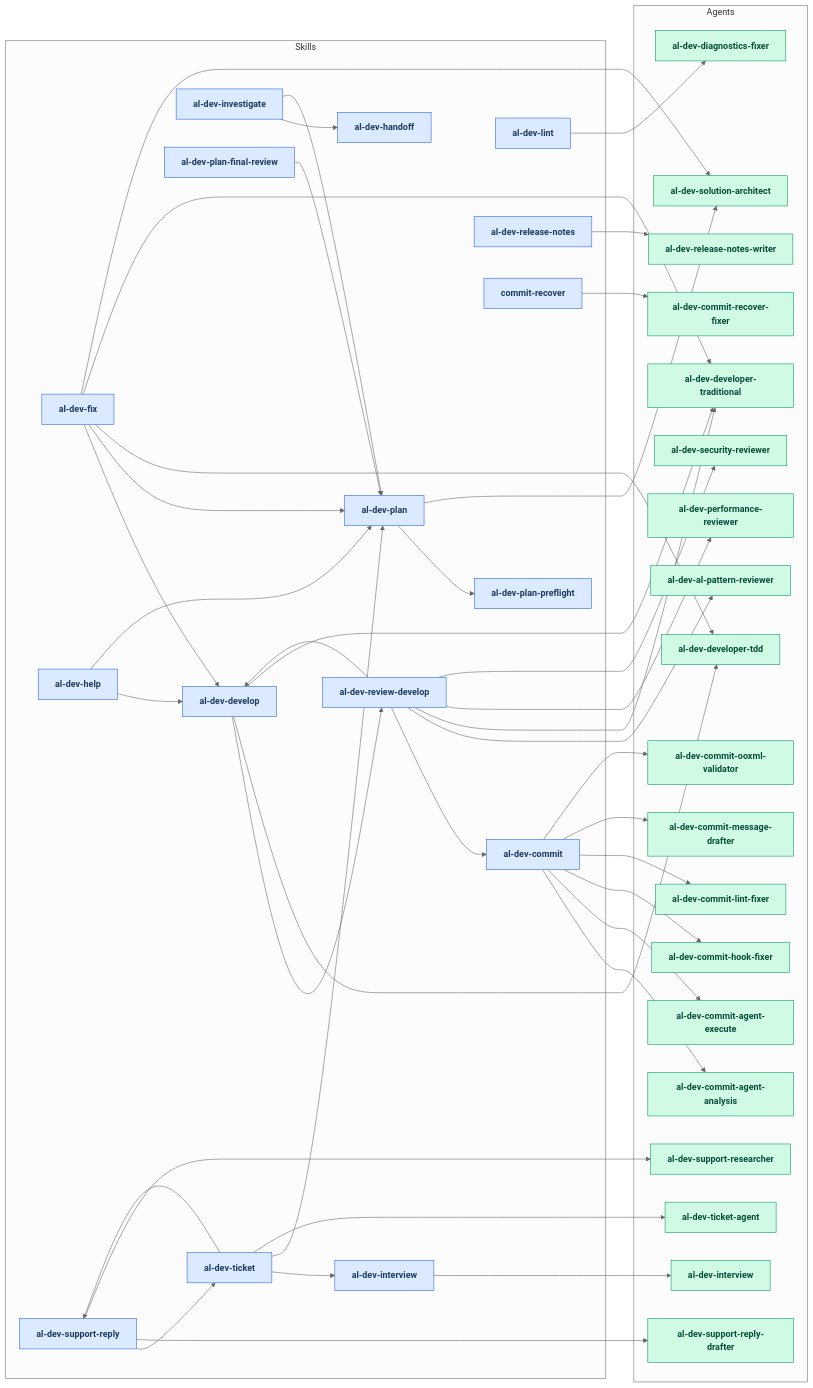
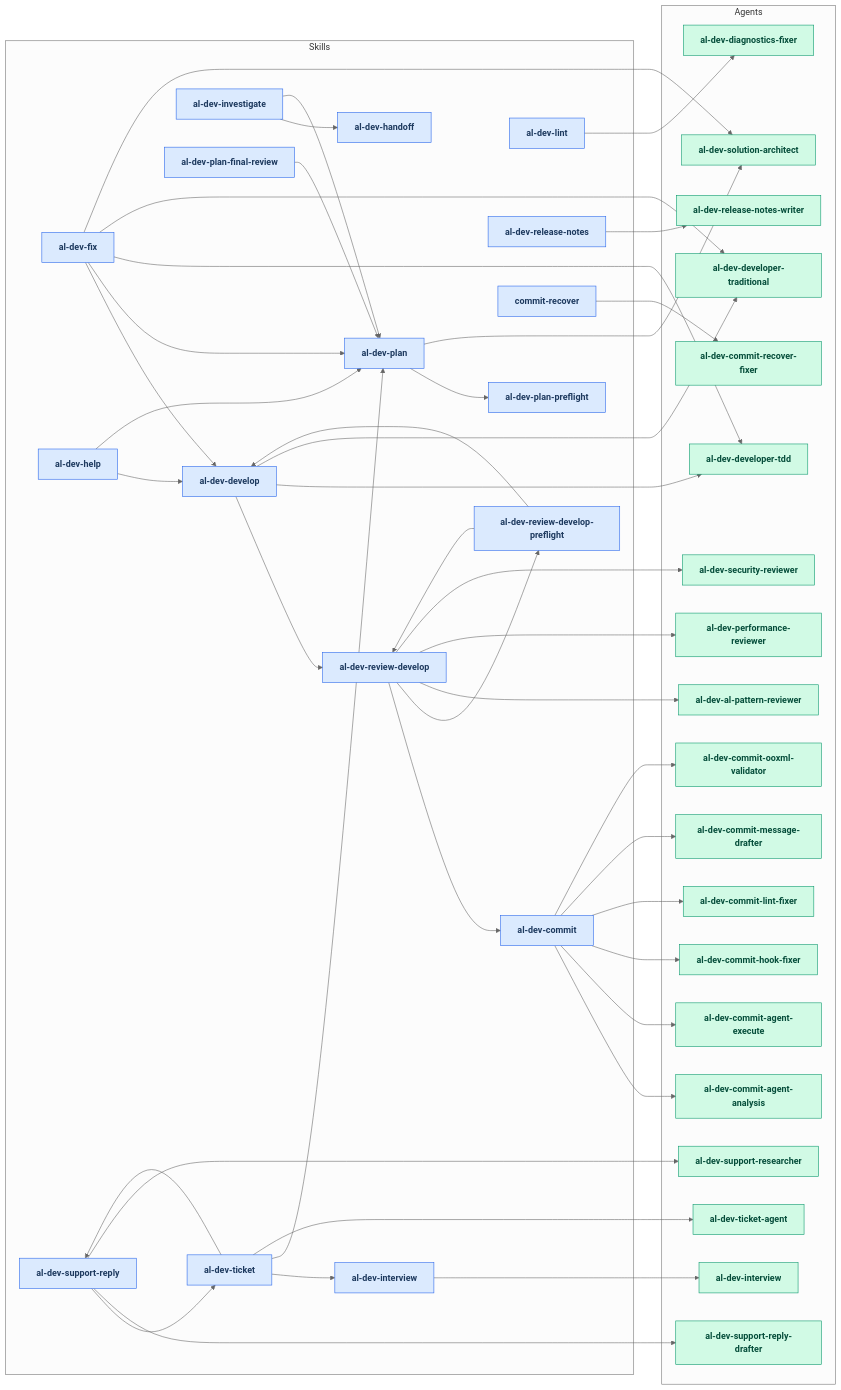
Before and after one commit to russell-laing/al-dev-shared: the first of 2 diagrams in docs/al-dev-workflow-diagrams.md, drawn with Mermaid (neutral theme). The commit also changed other lines of this file and 3 other files, not shown here.

```diff
--- a/docs/al-dev-workflow-diagrams.md
+++ b/docs/al-dev-workflow-diagrams.md
@@ -25,6 +25,7 @@
         skill_al_dev_plan_preflight[al-dev-plan-preflight]
         skill_al_dev_release_notes[al-dev-release-notes]
         skill_al_dev_review_develop[al-dev-review-develop]
+        skill_al_dev_review_develop_preflight[al-dev-review-develop-preflight]
         skill_al_dev_support_reply[al-dev-support-reply]
         skill_al_dev_ticket[al-dev-ticket]
         skill_commit_recover[commit-recover]
@@ -61,7 +62,9 @@
     skill_al_dev_plan --> skill_al_dev_plan_preflight
     skill_al_dev_plan_final_review --> skill_al_dev_plan
     skill_al_dev_review_develop --> skill_al_dev_commit
-    skill_al_dev_review_develop --> skill_al_dev_develop
+    skill_al_dev_review_develop --> skill_al_dev_review_develop_preflight
+    skill_al_dev_review_develop_preflight --> skill_al_dev_develop
+    skill_al_dev_review_develop_preflight --> skill_al_dev_review_develop
     skill_al_dev_support_reply --> skill_al_dev_ticket
     skill_al_dev_ticket --> skill_al_dev_interview
     skill_al_dev_ticket --> skill_al_dev_plan
@@ -82,7 +85,6 @@
     skill_al_dev_plan --> agent_al_dev_solution_architect
     skill_al_dev_release_notes --> agent_al_dev_release_notes_writer
     skill_al_dev_review_develop --> agent_al_dev_al_pattern_reviewer
-    skill_al_dev_review_develop --> agent_al_dev_developer_traditional
     skill_al_dev_review_develop --> agent_al_dev_performance_reviewer
     skill_al_dev_review_develop --> agent_al_dev_security_reviewer
     skill_al_dev_support_reply --> agent_al_dev_support_reply_drafter
@@ -103,6 +105,7 @@
     class skill_al_dev_plan_preflight skillNode
     class skill_al_dev_release_notes skillNode
     class skill_al_dev_review_develop skillNode
+    class skill_al_dev_review_develop_preflight skillNode
     class skill_al_dev_support_reply skillNode
     class skill_al_dev_ticket skillNode
     class skill_commit_recover skillNode
```
